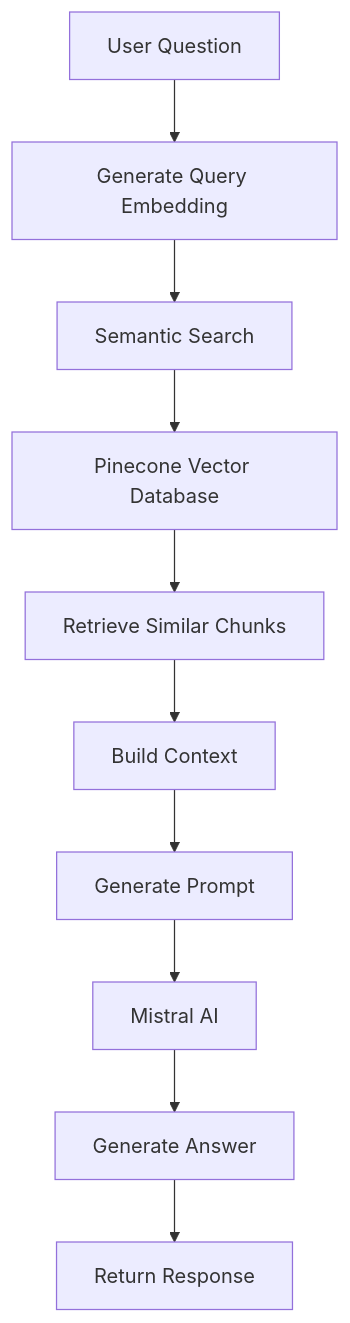
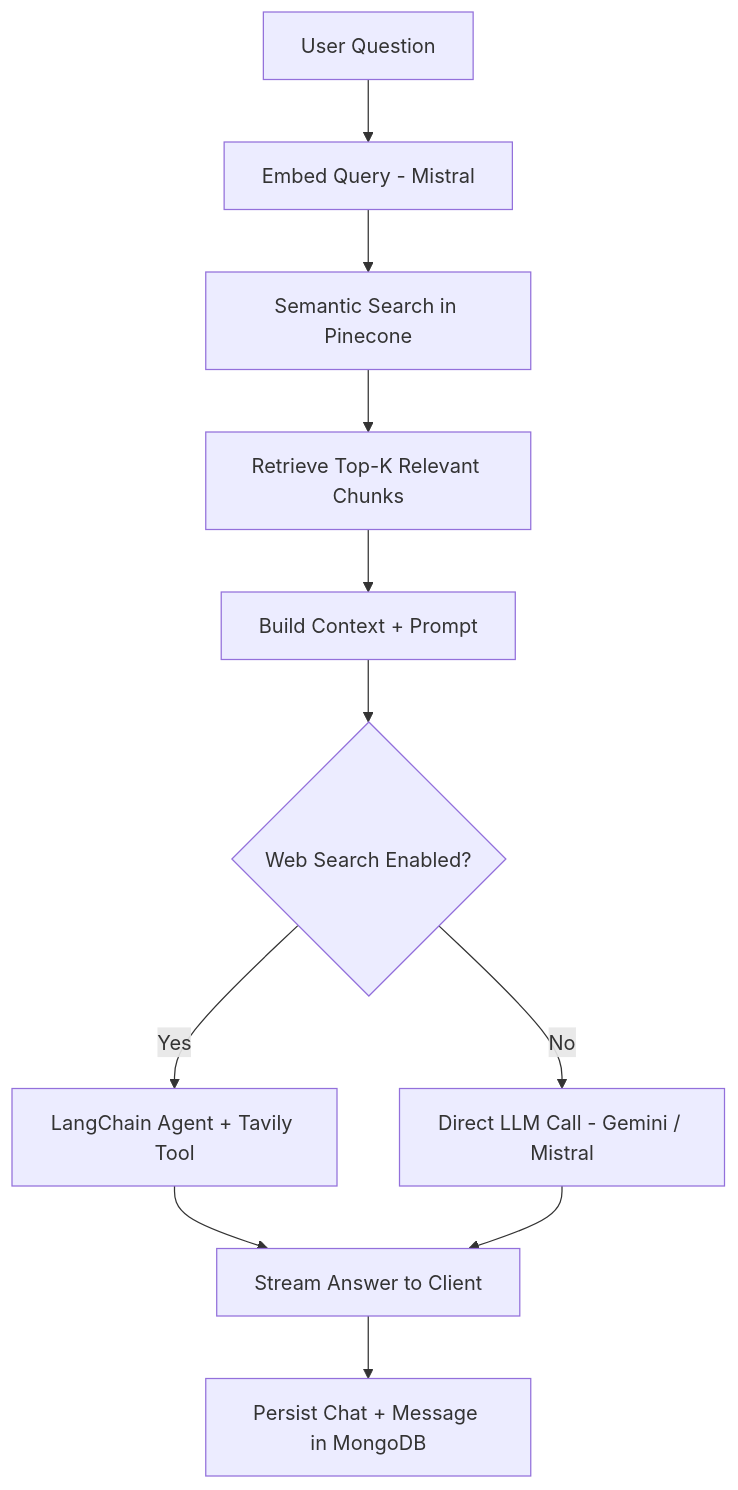
One commit to hari5827/AskQuery-Genai changed the second of 4 diagrams in README.md. Above: the diagram before and after it, drawn with Mermaid. The commit also changed other lines of this file, not shown here.

````diff
--- a/README.md
+++ b/README.md
@@ -166,23 +121,13 @@
 ```mermaid
 flowchart TD
-
-A[User Question]
-
-A --> B[Generate Query Embedding]
-
-B --> C[Semantic Search]
-
-C --> D[Pinecone Vector Database]
-
-D --> E[Retrieve Similar Chunks]
-
-E --> F[Build Context]
-
-F --> G[Generate Prompt]
-
-G --> H[Mistral AI]
-
-H --> I[Generate Answer]
-
-I --> J[Return Response]
+    A[User Question] --> B[Embed Query - Mistral]
+    B --> C[Semantic Search in Pinecone]
+    C --> D[Retrieve Top-K Relevant Chunks]
+    D --> E[Build Context + Prompt]
+    E --> F{Web Search Enabled?}
+    F -->|Yes| G[LangChain Agent + Tavily Tool]
+    F -->|No| H[Direct LLM Call - Gemini / Mistral]
+    G --> I[Stream Answer to Client]
+    H --> I
+    I --> J[Persist Chat + Message in MongoDB]
 ```
````
